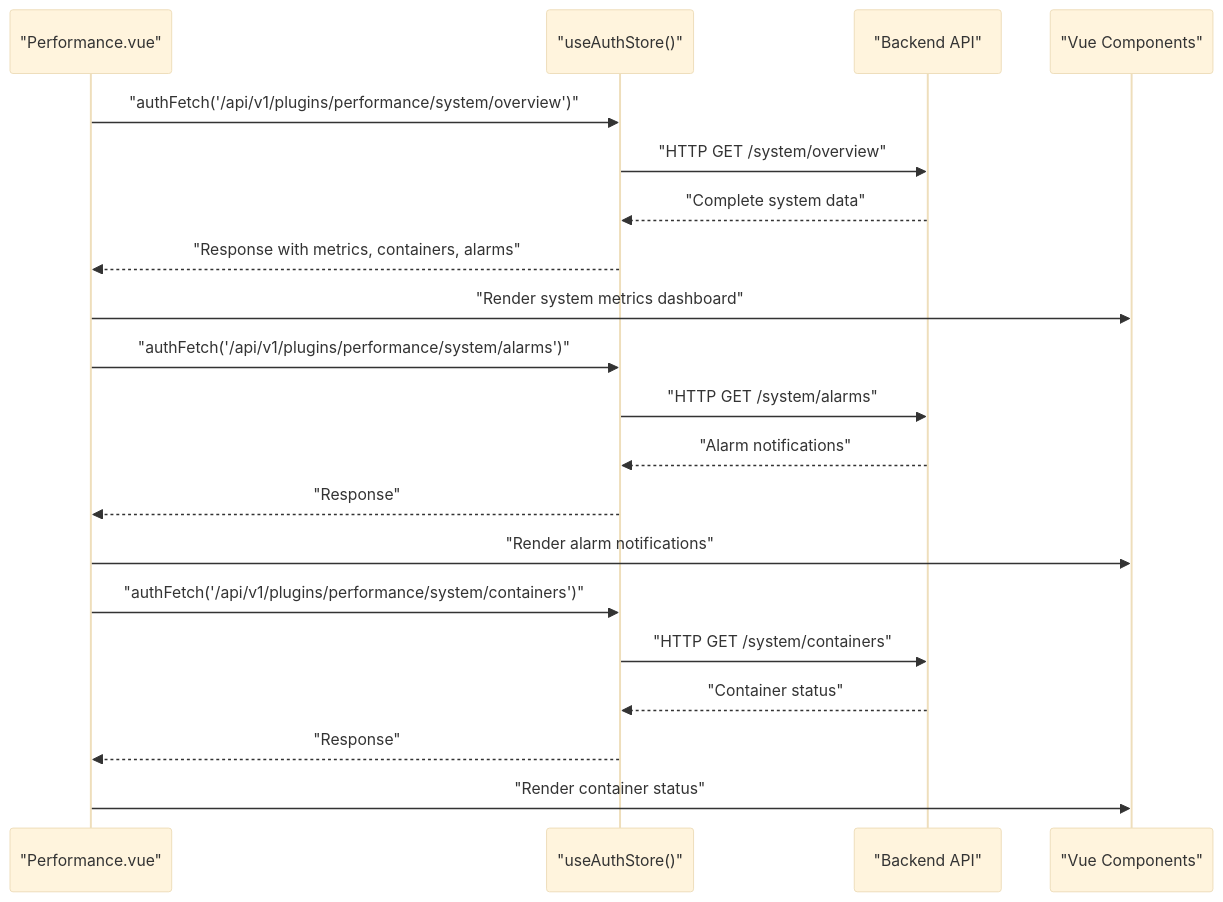
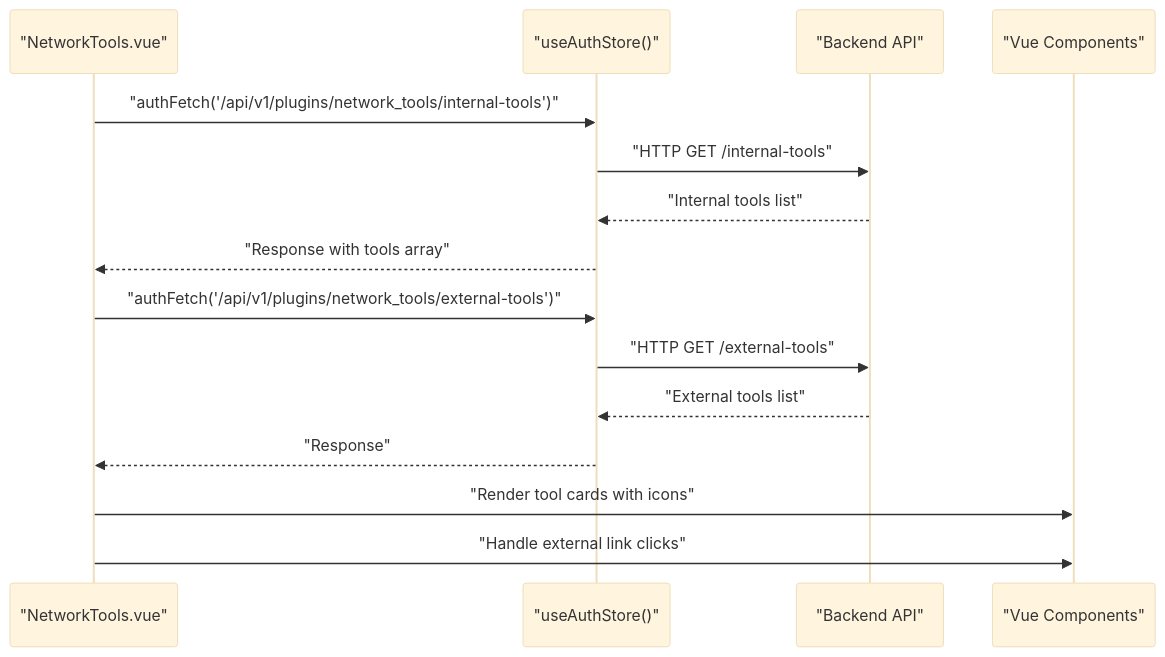
The ninth of 11 diagrams in .qoder/repowiki/en/content/Plugin System Architecture/Frontend Plugin Integration.md (Nikita5543/New-SSO-02), drawn with Mermaid (base theme) before and after one commit. The commit also changed other lines of this file and 6 other files, not shown here.

Commit message:
Add EvaTeam to Internal Tools Systems

````diff
--- a/.qoder/repowiki/en/content/Plugin System Architecture/Frontend Plugin Integration.md
+++ b/.qoder/repowiki/en/content/Plugin System Architecture/Frontend Plugin Integration.md
@@ -378,22 +396,17 @@
 ```mermaid
 sequenceDiagram
-participant View as "Performance.vue"
+participant View as "NetworkTools.vue"
 participant Auth as "useAuthStore()"
 participant API as "Backend API"
 participant UI as "Vue Components"
-View->>Auth : "authFetch('/api/v1/plugins/performance/system/overview')"
-Auth->>API : "HTTP GET /system/overview"
-API-->>Auth : "Complete system data"
-Auth-->>View : "Response with metrics, containers, alarms"
-View->>UI : "Render system metrics dashboard"
-View->>Auth : "authFetch('/api/v1/plugins/performance/system/alarms')"
-Auth->>API : "HTTP GET /system/alarms"
-API-->>Auth : "Alarm notifications"
+View->>Auth : "authFetch('/api/v1/plugins/network_tools/internal-tools')"
+Auth->>API : "HTTP GET /internal-tools"
+API-->>Auth : "Internal tools list"
+Auth-->>View : "Response with tools array"
+View->>Auth : "authFetch('/api/v1/plugins/network_tools/external-tools')"
+Auth->>API : "HTTP GET /external-tools"
+API-->>Auth : "External tools list"
 Auth-->>View : "Response"
-View->>UI : "Render alarm notifications"
-View->>Auth : "authFetch('/api/v1/plugins/performance/system/containers')"
-Auth->>API : "HTTP GET /system/containers"
-API-->>Auth : "Container status"
-Auth-->>View : "Response"
-View->>UI : "Render container status"
+View->>UI : "Render tool cards with icons"
+View->>UI : "Handle external link clicks"
 ```
````
